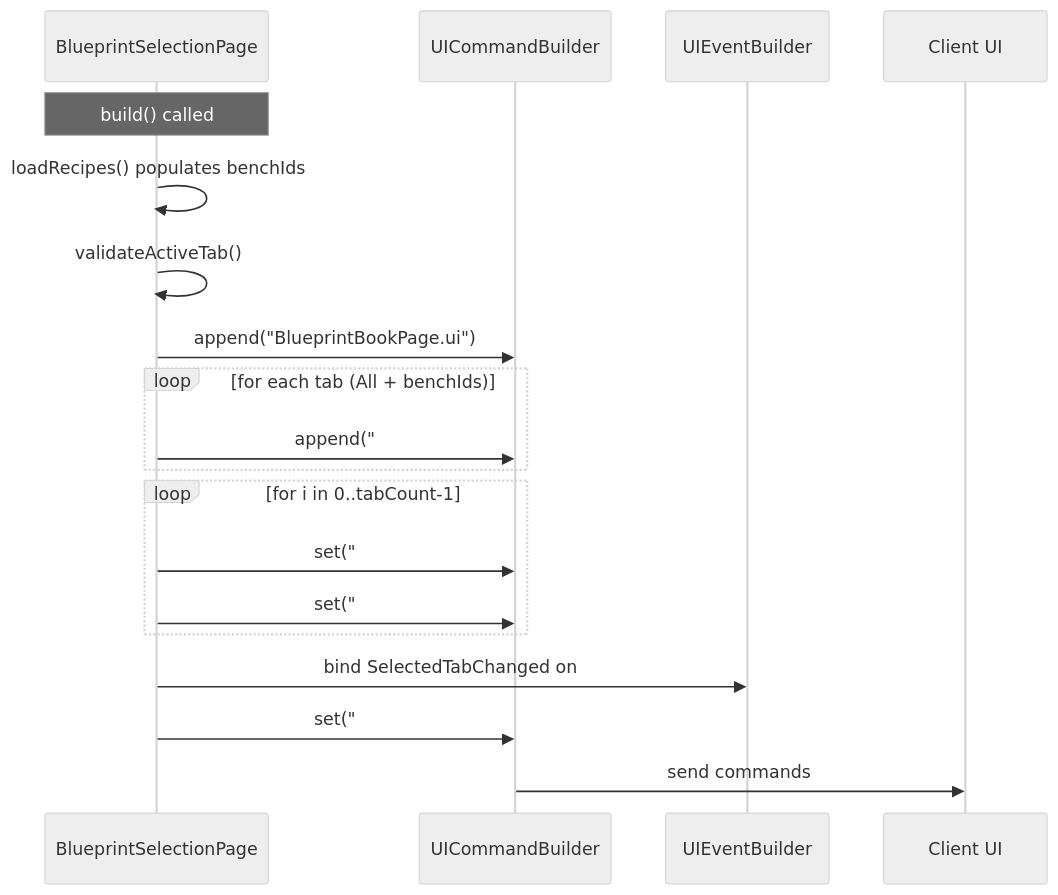
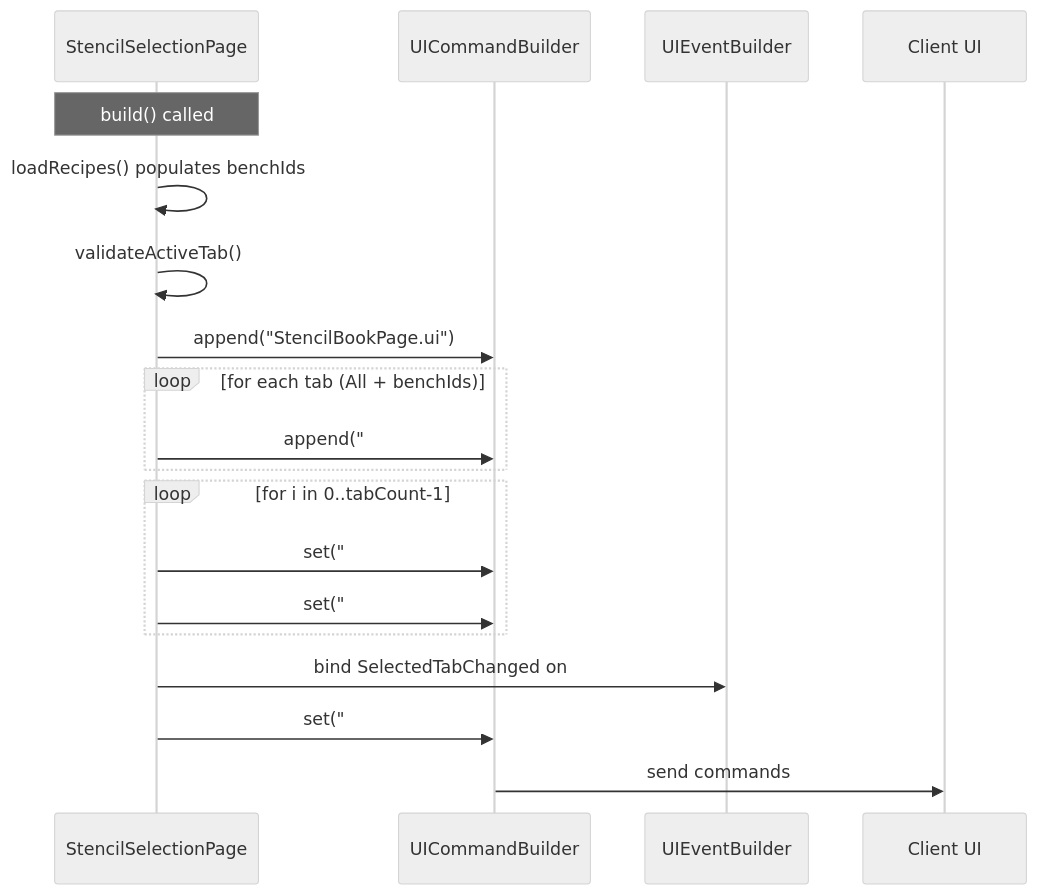
The third of 3 diagrams in docs/design-dynamic-bench-tabs.md (TheCodeCreature/Hytale-Example-Plugin), drawn with Mermaid (neutral theme) before and after one commit. The commit also changed other lines of this file and 289 other files, not shown here.

````diff
--- a/docs/design-dynamic-bench-tabs.md
+++ b/docs/design-dynamic-bench-tabs.md
@@ -67,22 +67,22 @@
 ```mermaid
 sequenceDiagram
-    participant BSP as BlueprintSelectionPage
+    participant BSP as StencilSelectionPage
     participant CMD as UICommandBuilder
     participant EVT as UIEventBuilder
     participant UI as Client UI
 
     Note over BSP: build() called
     BSP->>BSP: loadRecipes() populates benchIds
     BSP->>BSP: validateActiveTab()
-    BSP->>CMD: append("BlueprintBookPage.ui")
+    BSP->>CMD: append("StencilBookPage.ui")
     loop for each tab (All + benchIds)
         BSP->>CMD: append("#BenchTabs", "BenchTabButton.ui")
     end
     loop for i in 0..tabCount-1
         BSP->>CMD: set("#BenchTabs[i].Id", tabId)
         BSP->>CMD: set("#BenchTabs[i].TooltipText", displayName)
     end
     BSP->>EVT: bind SelectedTabChanged on #BenchTabs
     BSP->>CMD: set("#BenchTabs.SelectedTab", activeTab)
     CMD->>UI: send commands
 ```
````
